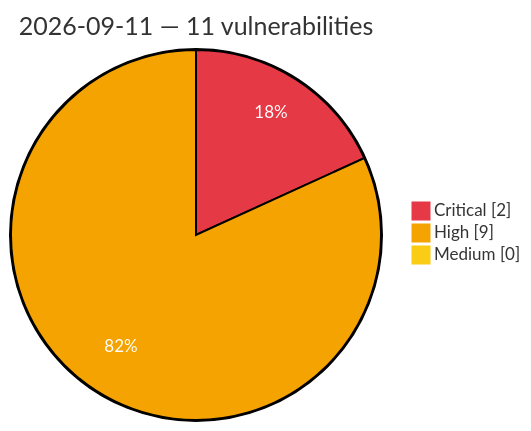
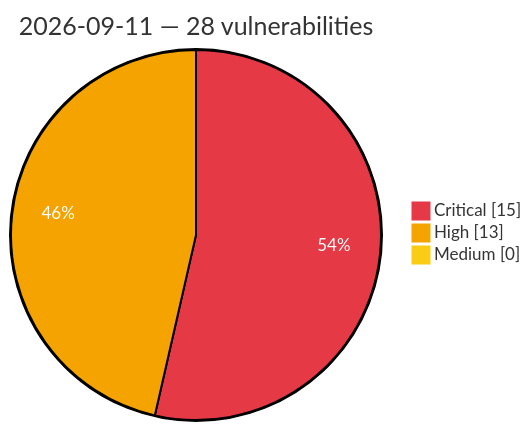
The diagram in vulnerabilities/2026/September/2026-09-11.md (GhostX0X/vuln-tracker), drawn with Mermaid before and after one commit. The commit also changed other lines of this file and 5 other files, not shown here.

Commit message:
Auto update: critical/high vulns (2026-09-11 15:00 UTC)

````diff
--- a/vulnerabilities/2026/September/2026-09-11.md
+++ b/vulnerabilities/2026/September/2026-09-11.md
@@ -3,8 +3,8 @@
 ```mermaid
 %%{init: {'theme':'base', 'themeVariables': {'pie1':'#e63946', 'pie2':'#f4a300', 'pie3':'#facc15', 'pieOpacity':'1', 'pieOuterStrokeWidth':'2px', 'pieSectionTextColor':'#ffffff'}}}%%
 pie showData
-    title 2026-09-11 — 11 vulnerabilities
-    "Critical" : 2
-    "High" : 9
+    title 2026-09-11 — 28 vulnerabilities
+    "Critical" : 15
+    "High" : 13
     "Medium" : 0
 ```
````
